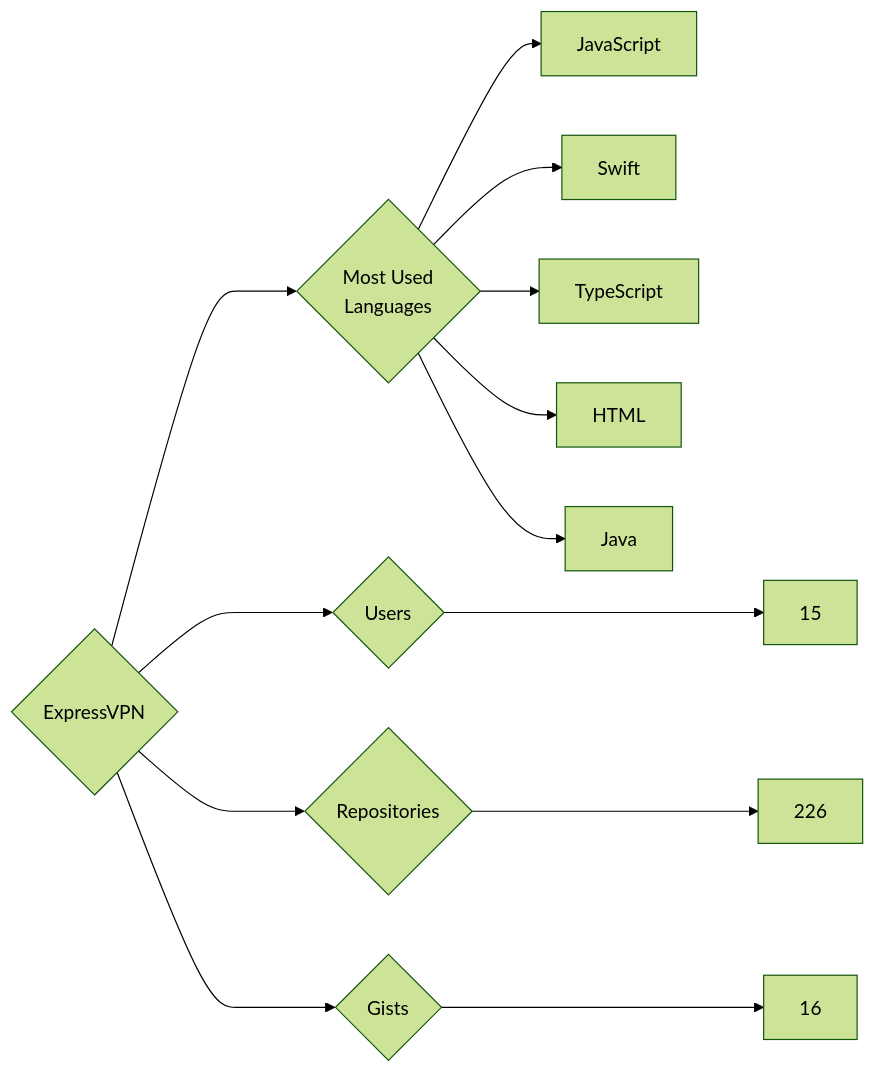
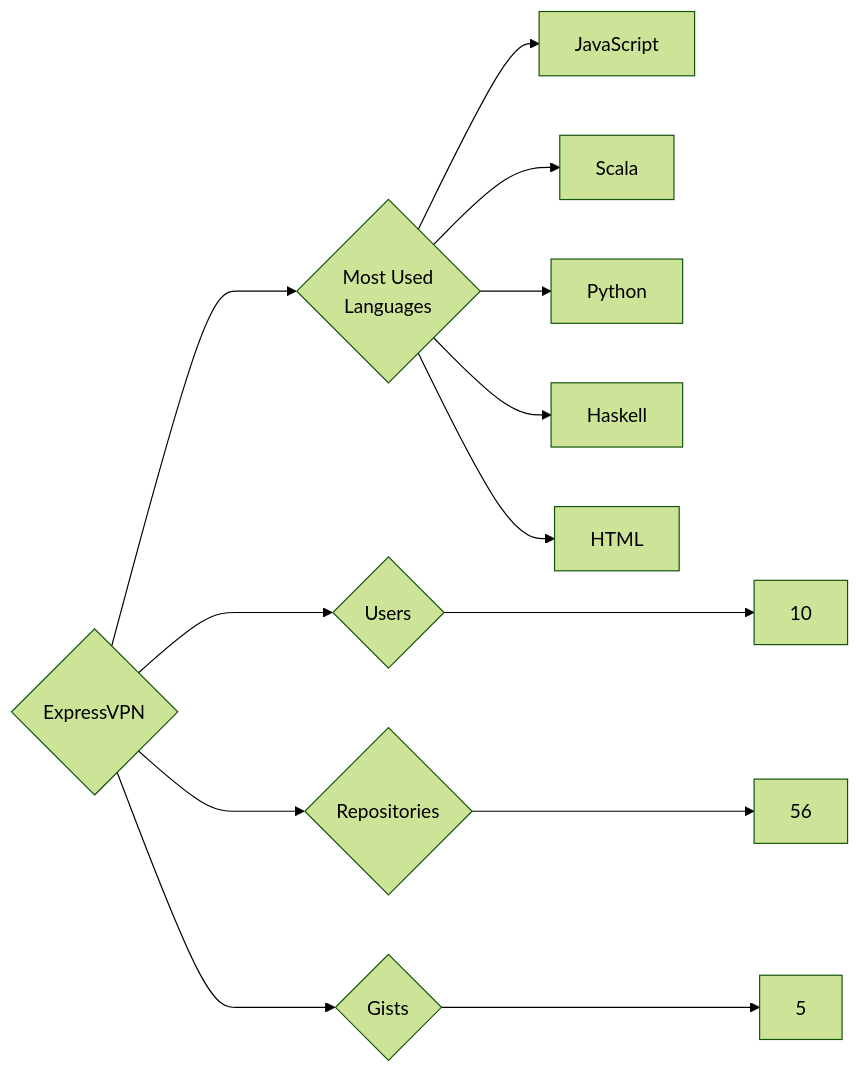
Before and after one commit to trickest/insiders: the diagram in targets/ExpressVPN/README.md, drawn with Mermaid (forest theme). The commit also changed 1195 other files, not shown here.

````diff
--- a/targets/ExpressVPN/README.md
+++ b/targets/ExpressVPN/README.md
@@ -3,13 +3,13 @@
 ```mermaid
 graph LR
 COMPANY_NAME{ExpressVPN}
-COMPANY_NAME ---> U{Users} ---> UN[15]
-COMPANY_NAME ---> R{Repositories} ---> RN[226]
-COMPANY_NAME ---> G{Gists} ---> GN[16]
+COMPANY_NAME ---> U{Users} ---> UN[10]
+COMPANY_NAME ---> R{Repositories} ---> RN[56]
+COMPANY_NAME ---> G{Gists} ---> GN[5]
 COMPANY_NAME ---> ML{Most Used<br>Languages}
 ML --> JavaScript[JavaScript]
-ML --> Swift[Swift]
-ML --> TypeScript[TypeScript]
+ML --> Scala[Scala]
+ML --> Python[Python]
+ML --> Haskell[Haskell]
 ML --> HTML[HTML]
-ML --> Java[Java]
 ```
````
